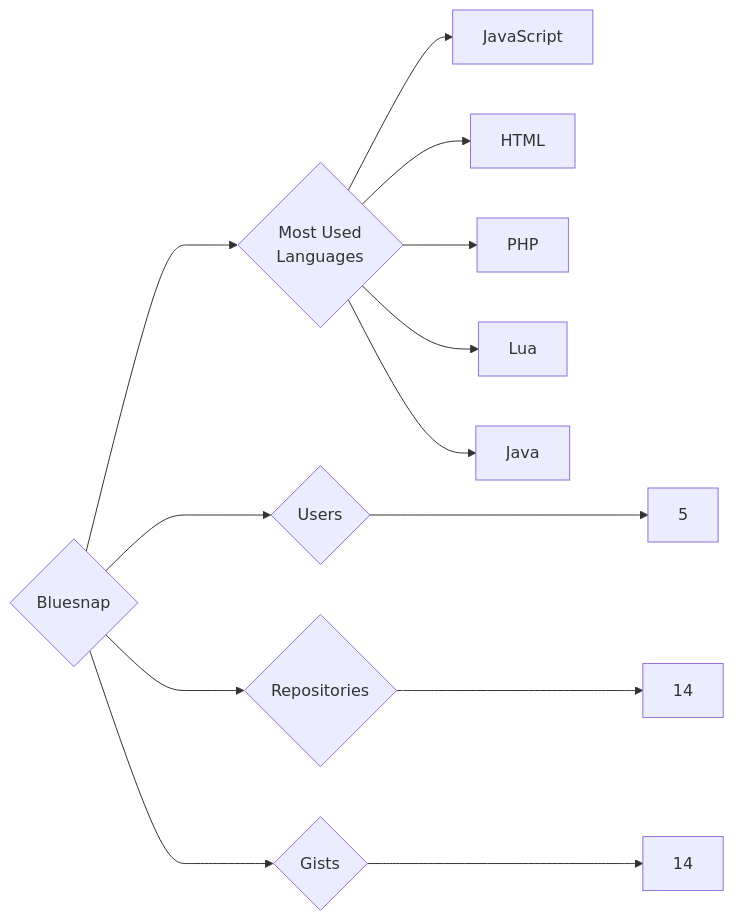
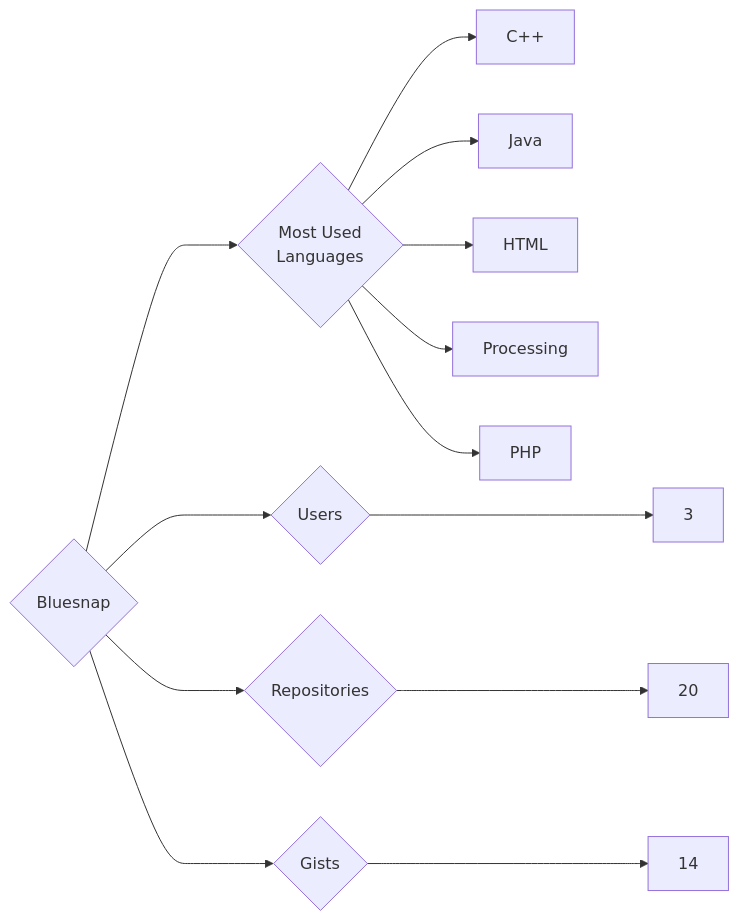
Before and after one commit to trickest/insiders: the diagram in targets/Bluesnap/README.md, drawn with Mermaid. The commit also changed 679 other files, not shown here.

````diff
--- a/targets/Bluesnap/README.md
+++ b/targets/Bluesnap/README.md
@@ -3,13 +3,13 @@
 ```mermaid
 graph LR
 COMPANY_NAME{Bluesnap}
-COMPANY_NAME ---> U{Users} ---> UN[5]
-COMPANY_NAME ---> R{Repositories} ---> RN[14]
+COMPANY_NAME ---> U{Users} ---> UN[3]
+COMPANY_NAME ---> R{Repositories} ---> RN[20]
 COMPANY_NAME ---> G{Gists} ---> GN[14]
 COMPANY_NAME ---> ML{Most Used<br>Languages}
-ML --> JavaScript[JavaScript]
+ML --> C++[C++]
+ML --> Java[Java]
 ML --> HTML[HTML]
+ML --> Processing[Processing]
 ML --> PHP[PHP]
-ML --> Lua[Lua]
-ML --> Java[Java]
 ```
````
